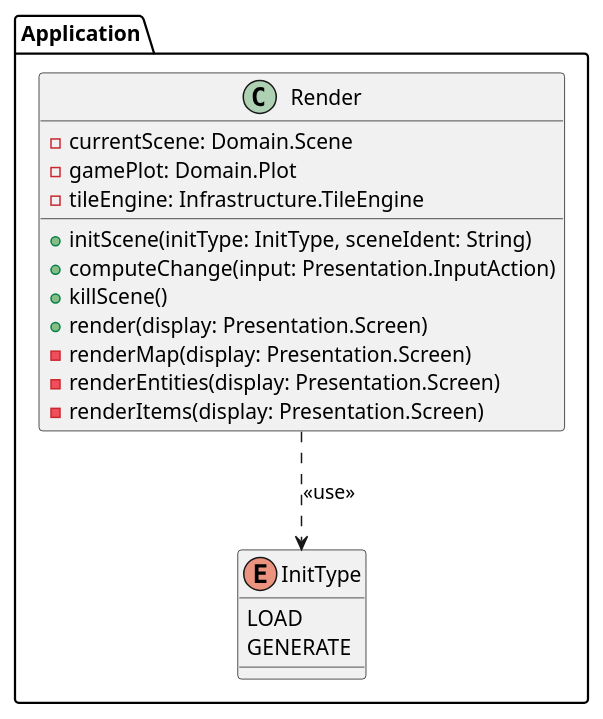
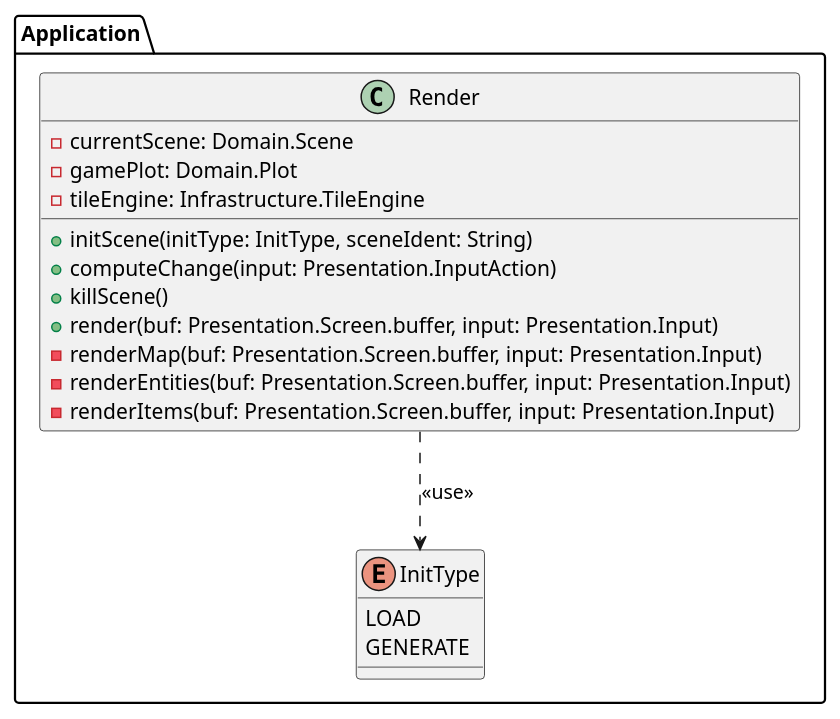
Before and after one commit to VyacheslavIurevich/diagrams: the diagram in src/application.puml, drawn with PlantUML. The commit also changed 3 other files, not shown here.

```diff
--- a/src/application.puml
+++ b/src/application.puml
@@ -1,23 +1,23 @@
 @startuml
 namespace Application {
     enum InitType {
         LOAD
         GENERATE
     }
 
     class Render {
         - currentScene: Domain.Scene
         - gamePlot: Domain.Plot
         - tileEngine: Infrastructure.TileEngine
         + initScene(initType: InitType, sceneIdent: String)
         + computeChange(input: Presentation.InputAction)
         + killScene()
-        + render(display: Presentation.Screen)
-        - renderMap(display: Presentation.Screen)
-        - renderEntities(display: Presentation.Screen)
-        - renderItems(display: Presentation.Screen)
+        + render(buf: Presentation.Screen.buffer, input: Presentation.Input)
+        - renderMap(buf: Presentation.Screen.buffer, input: Presentation.Input)
+        - renderEntities(buf: Presentation.Screen.buffer, input: Presentation.Input)
+        - renderItems(buf: Presentation.Screen.buffer, input: Presentation.Input)
     }
 
     Render ..> InitType : <<use>>
 }
 @enduml
```
